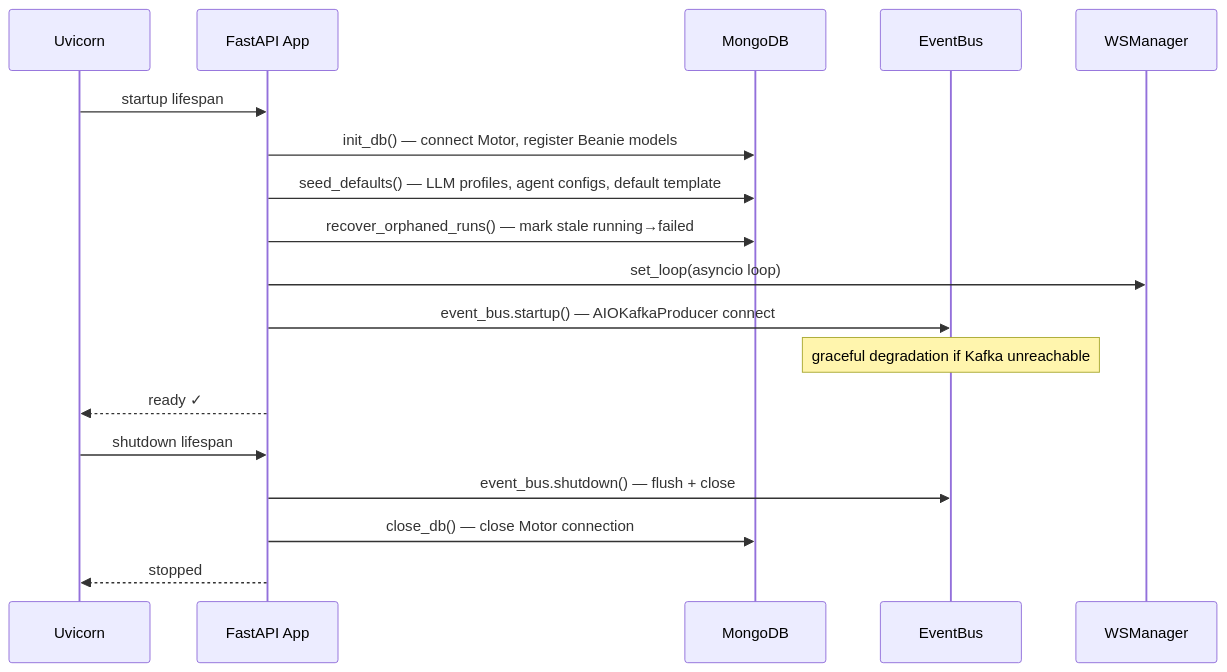
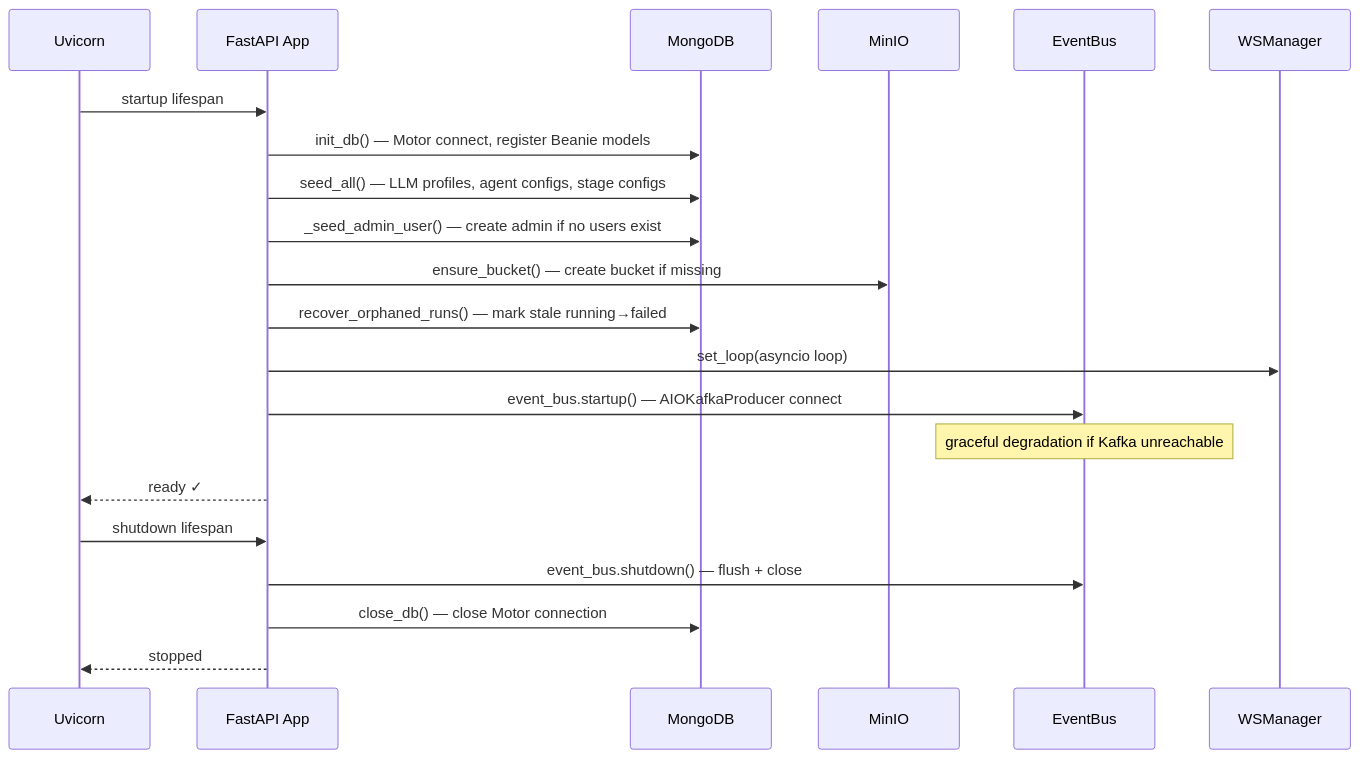
The fourth of 5 diagrams in docs/architecture.md (HenSanInDuty/agent-automation-testing), drawn with Mermaid before and after one commit. The commit also changed other lines of this file and 6 other files, not shown here.

First line of the commit message:
docs: update all docs to reflect JWT auth, MinIO storage, ToolRegistry, RBAC

````diff
--- a/docs/architecture.md
+++ b/docs/architecture.md
@@ -141,22 +177,25 @@
 ```mermaid
 sequenceDiagram
     participant UV as Uvicorn
     participant APP as FastAPI App
     participant DB as MongoDB
+    participant MINIO as MinIO
     participant EB as EventBus
     participant WS as WSManager
 
     UV->>APP: startup lifespan
-    APP->>DB: init_db() — connect Motor, register Beanie models
-    APP->>DB: seed_defaults() — LLM profiles, agent configs, default template
+    APP->>DB: init_db() — Motor connect, register Beanie models
+    APP->>DB: seed_all() — LLM profiles, agent configs, stage configs
+    APP->>DB: _seed_admin_user() — create admin if no users exist
+    APP->>MINIO: ensure_bucket() — create bucket if missing
     APP->>DB: recover_orphaned_runs() — mark stale running→failed
     APP->>WS: set_loop(asyncio loop)
     APP->>EB: event_bus.startup() — AIOKafkaProducer connect
     note over EB: graceful degradation if Kafka unreachable
     APP-->>UV: ready ✓
 
     UV->>APP: shutdown lifespan
     APP->>EB: event_bus.shutdown() — flush + close
     APP->>DB: close_db() — close Motor connection
     APP-->>UV: stopped
 ```
````
